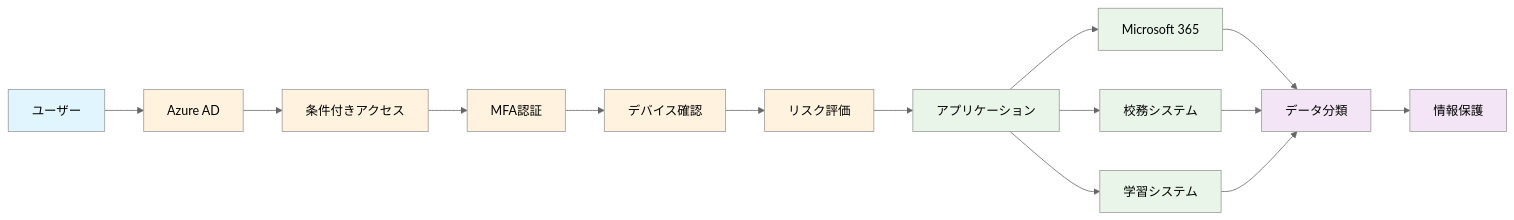
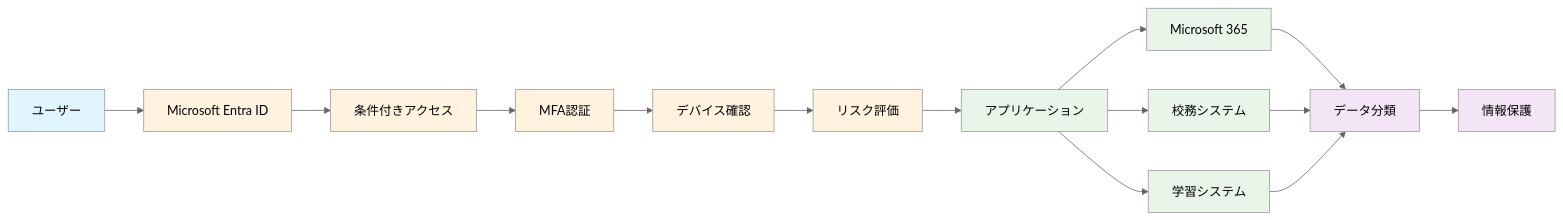
Before and after one commit to nahisaho/zenn-writing-collection: the fifth of 9 diagrams in books/61c375d444c12a/chapter3-security-design.md, drawn with Mermaid (neutral theme). The commit also changed other lines of this file and 7 other files, not shown here.

First line of the commit message:
Update Azure AD references to Microsoft Entra ID across all chapters

````diff
--- a/books/61c375d444c12a/chapter3-security-design.md
+++ b/books/61c375d444c12a/chapter3-security-design.md
@@ -468,29 +468,29 @@
 ```mermaid
 graph LR
-    A[ユーザー] --> B[Azure AD]
+    A[ユーザー] --> B[Microsoft Entra ID]
     B --> C[条件付きアクセス]
     C --> D[MFA認証]
     D --> E[デバイス確認]
     E --> F[リスク評価]
     F --> G[アプリケーション]
     
     G --> H[Microsoft 365]
     G --> I[校務システム]
     G --> J[学習システム]
     
     H --> K[データ分類]
     I --> K
     J --> K
     
     K --> L[情報保護]
     
     classDef user fill:#e1f5fe
     classDef auth fill:#fff3e0
     classDef app fill:#e8f5e8
     classDef data fill:#f3e5f5
     
     class A user
     class B,C,D,E,F auth
     class G,H,I,J app
     class K,L data
 ```
````
